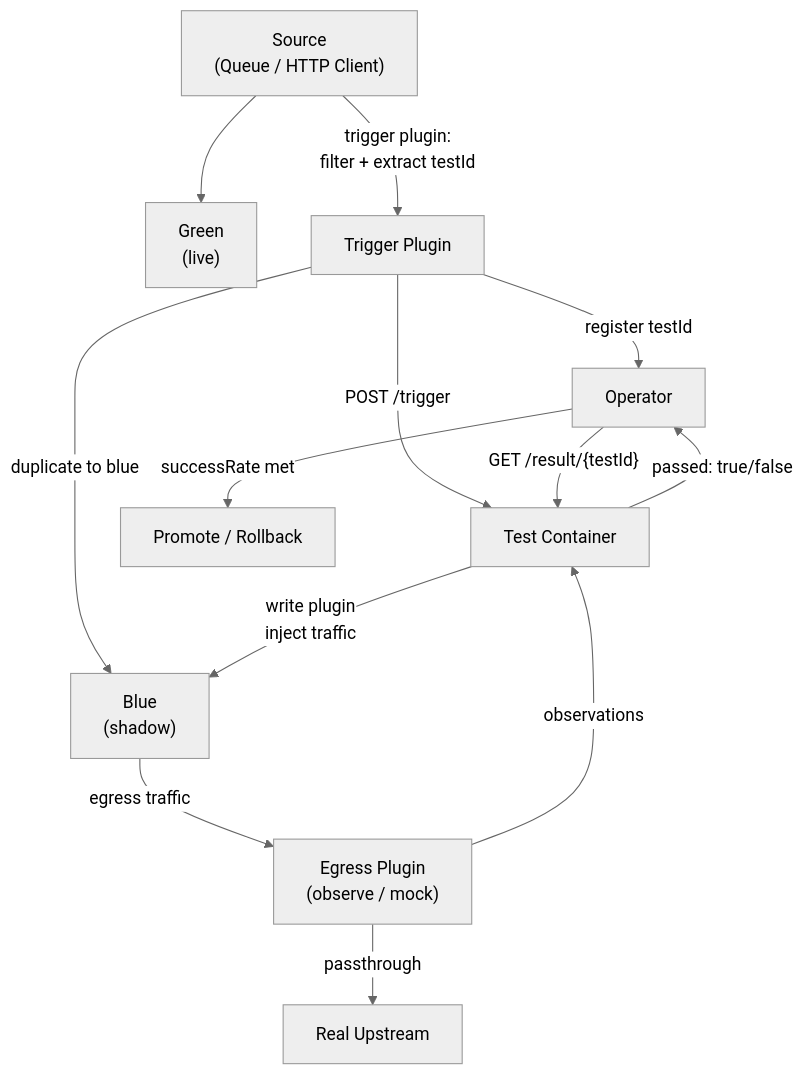
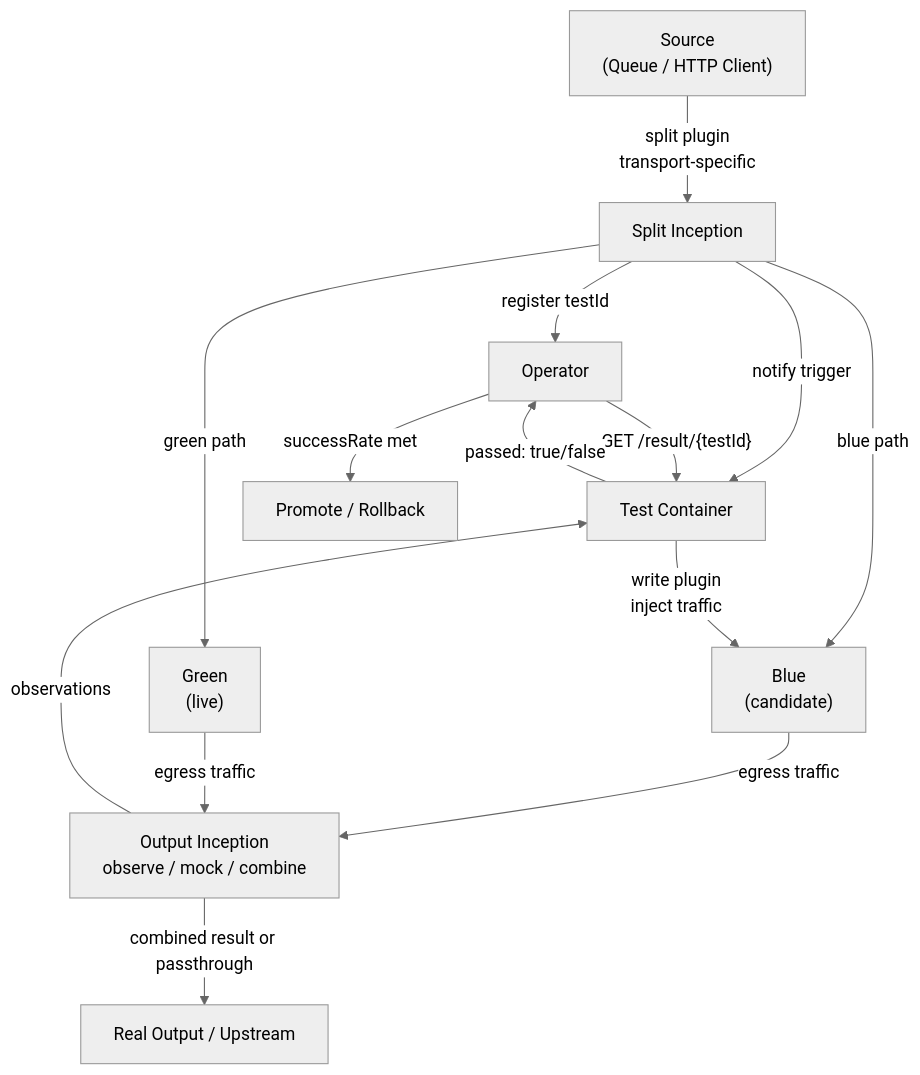
One commit to dlahmad/fluidbgoperator changed the first of 12 diagrams in ARCHITECTURE.md. Above: the diagram before and after it, drawn with Mermaid (neutral theme). The commit also changed other lines of this file and 40 other files, not shown here.

````diff
--- a/ARCHITECTURE.md
+++ b/ARCHITECTURE.md
@@ -38,20 +42,21 @@
 ```mermaid
 flowchart TD
     SRC["Source<br/>(Queue / HTTP Client)"]
-    SRC --> GREEN["Green<br/>(live)"]
-    SRC -->|"trigger plugin:<br/>filter + extract testId"| TRG["Trigger Plugin"]
-    TRG -->|"register testId"| OP["Operator"]
-    TRG -->|"POST /trigger"| TC["Test Container"]
-    TRG -->|"duplicate to blue"| BLUE["Blue<br/>(shadow)"]
+    SRC -->|"split plugin<br/>transport-specific"| SPLIT["Split Inception"]
+    SPLIT -->|"register testId"| OP["Operator"]
+    SPLIT -->|"notify trigger"| TC["Test Container"]
+    SPLIT -->|"green path"| GREEN["Green<br/>(live)"]
+    SPLIT -->|"blue path"| BLUE["Blue<br/>(candidate)"]
 
-    BLUE -->|"egress traffic"| EG["Egress Plugin<br/>(observe / mock)"]
-    EG -->|"observations"| TC
-    EG -->|"passthrough"| REAL["Real Upstream"]
+    BLUE -->|"egress traffic"| OUT["Output Inception<br/>observe / mock / combine"]
+    GREEN -->|"egress traffic"| OUT
+    OUT -->|"observations"| TC
+    OUT -->|"combined result or passthrough"| REAL["Real Output / Upstream"]
 
     TC -->|"write plugin<br/>inject traffic"| BLUE
 
     OP -->|"GET /result/{testId}"| TC
     TC -->|"passed: true/false"| OP
 
     OP -->|"successRate met"| PROM["Promote / Rollback"]
 ```
````
